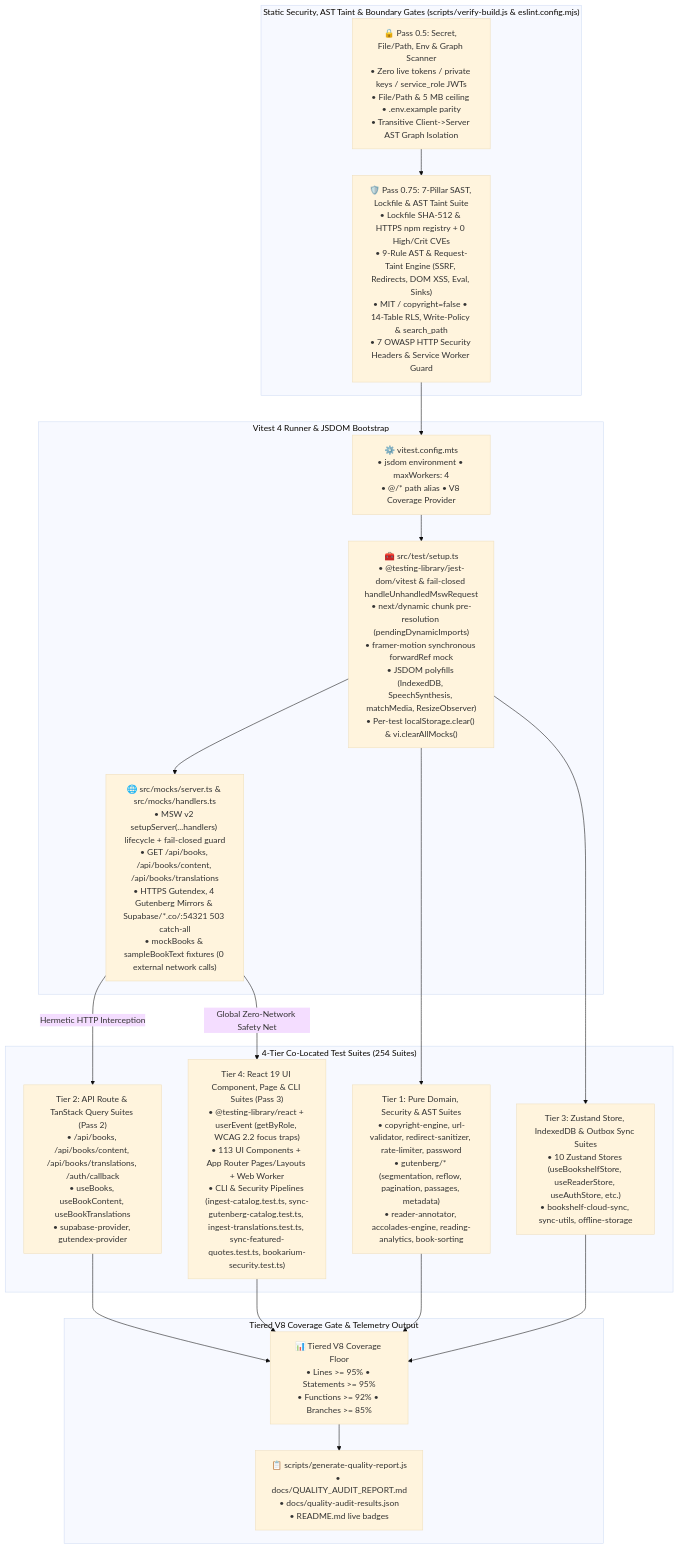
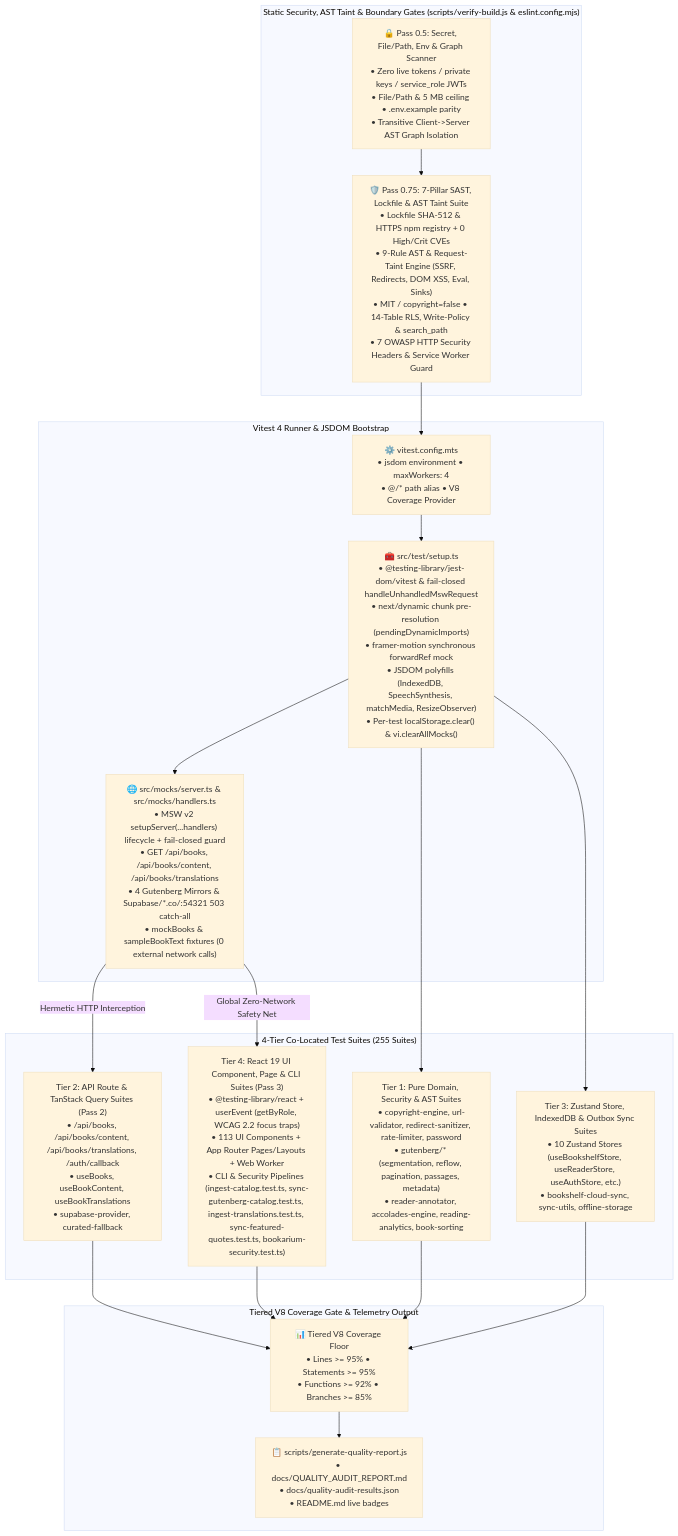
Before and after one commit to calin-m/Bookarium: the ninth of 13 diagrams in docs/ARCHITECTURE.md, drawn with Mermaid (base theme). The commit also changed other lines of this file and 92 other files, not shown here.

First line of the commit message:
feat(auth,catalog,security): add active device sessions, security confirmations, deterministic pagination, and decommission Gutendex (v2.9.30-v2.9.31)

````diff
--- a/docs/ARCHITECTURE.md
+++ b/docs/ARCHITECTURE.md
@@ -1178,39 +1180,39 @@
 ```mermaid
 flowchart TD
     subgraph SecurityGates ["Static Security, AST Taint & Boundary Gates (scripts/verify-build.js & eslint.config.mjs)"]
         Pass05["🔒 Pass 0.5: Secret, File/Path, Env & Graph Scanner\n• Zero live tokens / private keys / service_role JWTs\n• File/Path & 5 MB ceiling • .env.example parity\n• Transitive Client->Server AST Graph Isolation"]
         Pass075["🛡️ Pass 0.75: 7-Pillar SAST, Lockfile & AST Taint Suite\n• Lockfile SHA-512 & HTTPS npm registry + 0 High/Crit CVEs\n• 9-Rule AST & Request-Taint Engine (SSRF, Redirects, DOM XSS, Eval, Sinks)\n• MIT / copyright=false • 14-Table RLS, Write-Policy & search_path\n• 7 OWASP HTTP Security Headers & Service Worker Guard"]
     end
 
     subgraph TestRunner ["Vitest 4 Runner & JSDOM Bootstrap"]
         VitestCfg["⚙️ vitest.config.mts\n• jsdom environment • maxWorkers: 4\n• @/* path alias • V8 Coverage Provider"]
         TestSetup["🧰 src/test/setup.ts\n• @testing-library/jest-dom/vitest & fail-closed handleUnhandledMswRequest\n• next/dynamic chunk pre-resolution (pendingDynamicImports)\n• framer-motion synchronous forwardRef mock\n• JSDOM polyfills (IndexedDB, SpeechSynthesis, matchMedia, ResizeObserver)\n• Per-test localStorage.clear() & vi.clearAllMocks()"]
-        MSWServer["🌐 src/mocks/server.ts & src/mocks/handlers.ts\n• MSW v2 setupServer(...handlers) lifecycle + fail-closed guard\n• GET /api/books, /api/books/content, /api/books/translations\n• HTTPS Gutendex, 4 Gutenberg Mirrors & Supabase/*.co/:54321 503 catch-all\n• mockBooks & sampleBookText fixtures (0 external network calls)"]
+        MSWServer["🌐 src/mocks/server.ts & src/mocks/handlers.ts\n• MSW v2 setupServer(...handlers) lifecycle + fail-closed guard\n• GET /api/books, /api/books/content, /api/books/translations\n• 4 Gutenberg Mirrors & Supabase/*.co/:54321 503 catch-all\n• mockBooks & sampleBookText fixtures (0 external network calls)"]
     end
 
-    subgraph TestTiers ["4-Tier Co-Located Test Suites (254 Suites)"]
+    subgraph TestTiers ["4-Tier Co-Located Test Suites (255 Suites)"]
         Tier1["Tier 1: Pure Domain, Security & AST Suites\n• copyright-engine, url-validator, redirect-sanitizer, rate-limiter, password\n• gutenberg/* (segmentation, reflow, pagination, passages, metadata)\n• reader-annotator, accolades-engine, reading-analytics, book-sorting"]
-        Tier2["Tier 2: API Route & TanStack Query Suites (Pass 2)\n• /api/books, /api/books/content, /api/books/translations, /auth/callback\n• useBooks, useBookContent, useBookTranslations\n• supabase-provider, gutendex-provider"]
+        Tier2["Tier 2: API Route & TanStack Query Suites (Pass 2)\n• /api/books, /api/books/content, /api/books/translations, /auth/callback\n• useBooks, useBookContent, useBookTranslations\n• supabase-provider, curated-fallback"]
         Tier3["Tier 3: Zustand Store, IndexedDB & Outbox Sync Suites\n• 10 Zustand Stores (useBookshelfStore, useReaderStore, useAuthStore, etc.)\n• bookshelf-cloud-sync, sync-utils, offline-storage"]
         Tier4["Tier 4: React 19 UI Component, Page & CLI Suites (Pass 3)\n• @testing-library/react + userEvent (getByRole, WCAG 2.2 focus traps)\n• 113 UI Components + App Router Pages/Layouts + Web Worker\n• CLI & Security Pipelines (ingest-catalog.test.ts, sync-gutenberg-catalog.test.ts, ingest-translations.test.ts, sync-featured-quotes.test.ts, bookarium-security.test.ts)"]
     end
 
     subgraph CoverageGate ["Tiered V8 Coverage Gate & Telemetry Output"]
         V8Thresholds["📊 Tiered V8 Coverage Floor\n• Lines >= 95% • Statements >= 95%\n• Functions >= 92% • Branches >= 85%"]
         QualityReport["📋 scripts/generate-quality-report.js\n• docs/QUALITY_AUDIT_REPORT.md\n• docs/quality-audit-results.json\n• README.md live badges"]
     end
 
     Pass05 --> Pass075
     Pass075 --> VitestCfg
     VitestCfg --> TestSetup
     TestSetup --> MSWServer
     TestSetup --> Tier1
     MSWServer -->|"Hermetic HTTP Interception"| Tier2
     TestSetup --> Tier3
     MSWServer -->|"Global Zero-Network Safety Net"| Tier4
     Tier1 --> V8Thresholds
     Tier2 --> V8Thresholds
     Tier3 --> V8Thresholds
     Tier4 --> V8Thresholds
     V8Thresholds --> QualityReport
 ```
````
